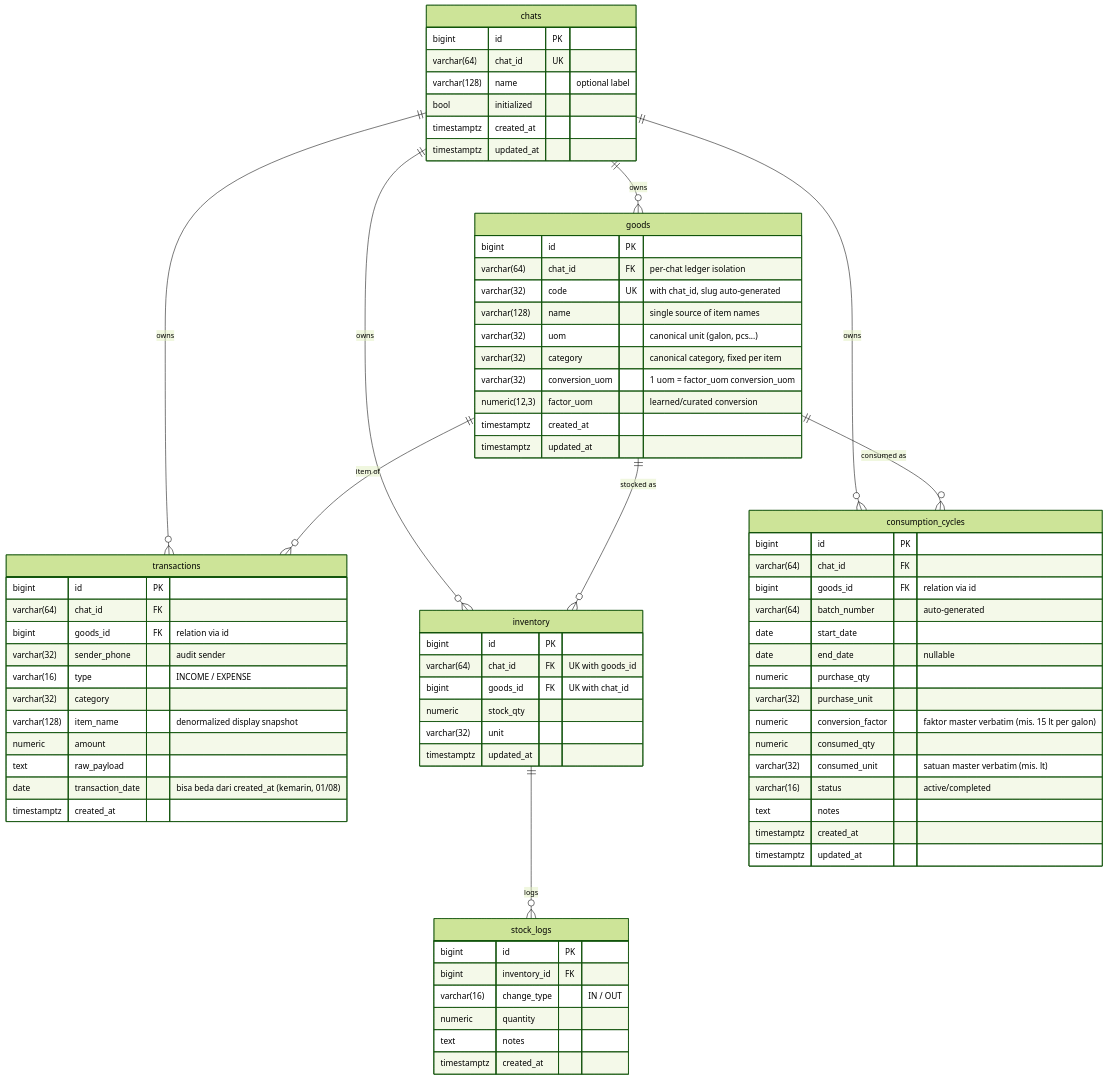
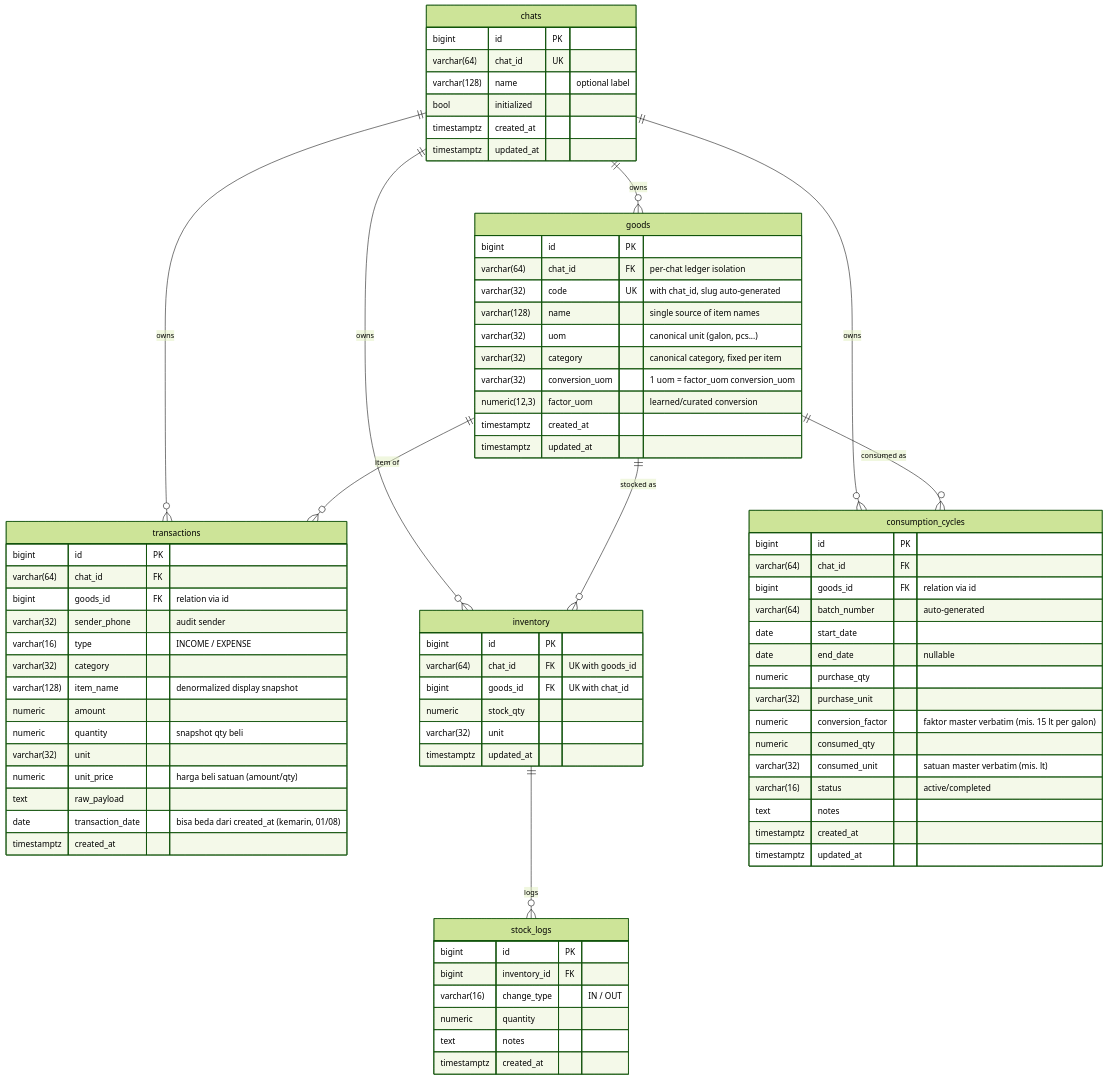
Before and after one commit to skyapps-id/smart-ledger-agent: the fourth of 4 diagrams in README.md, drawn with Mermaid (forest theme). The commit also changed 7 other files, not shown here.

First line of the commit message:
Store per-unit purchase price; stop unpacking kemasan "isi N"

````diff
--- a/README.md
+++ b/README.md
@@ -329,78 +329,81 @@
 ```mermaid
 erDiagram
     chats ||--o{ goods : owns
     chats ||--o{ transactions : owns
     chats ||--o{ inventory : owns
     chats ||--o{ consumption_cycles : owns
     goods ||--o{ transactions : "item of"
     goods ||--o{ inventory : "stocked as"
     goods ||--o{ consumption_cycles : "consumed as"
     inventory ||--o{ stock_logs : logs
 
     chats {
         bigint id PK
         varchar(64) chat_id UK
         varchar(128) name "optional label"
         bool initialized
         timestamptz created_at
         timestamptz updated_at
     }
     goods {
         bigint id PK
         varchar(64) chat_id FK "per-chat ledger isolation"
         varchar(32) code UK "with chat_id, slug auto-generated"
         varchar(128) name "single source of item names"
         varchar(32) uom "canonical unit (galon, pcs...)"
         varchar(32) category "canonical category, fixed per item"
         varchar(32) conversion_uom "1 uom = factor_uom conversion_uom"
         numeric(12,3) factor_uom "learned/curated conversion"
         timestamptz created_at
         timestamptz updated_at
     }
     transactions {
         bigint id PK
         varchar(64) chat_id FK
         bigint goods_id FK "relation via id"
         varchar(32) sender_phone "audit sender"
         varchar(16) type "INCOME / EXPENSE"
         varchar(32) category
         varchar(128) item_name "denormalized display snapshot"
         numeric amount
+        numeric quantity "snapshot qty beli"
+        varchar(32) unit
+        numeric unit_price "harga beli satuan (amount/qty)"
         text raw_payload
         date transaction_date "bisa beda dari created_at (kemarin, 01/08)"
         timestamptz created_at
     }
     inventory {
         bigint id PK
         varchar(64) chat_id FK "UK with goods_id"
         bigint goods_id FK "UK with chat_id"
         numeric stock_qty
         varchar(32) unit
         timestamptz updated_at
     }
     stock_logs {
         bigint id PK
         bigint inventory_id FK
         varchar(16) change_type "IN / OUT"
         numeric quantity
         text notes
         timestamptz created_at
     }
     consumption_cycles {
         bigint id PK
         varchar(64) chat_id FK
         bigint goods_id FK "relation via id"
         varchar(64) batch_number "auto-generated"
         date start_date
         date end_date "nullable"
         numeric purchase_qty
         varchar(32) purchase_unit
         numeric conversion_factor "faktor master verbatim (mis. 15 lt per galon)"
         numeric consumed_qty
         varchar(32) consumed_unit "satuan master verbatim (mis. lt)"
         varchar(16) status "active/completed"
         text notes
         timestamptz created_at
         timestamptz updated_at
     }
 ```
````
